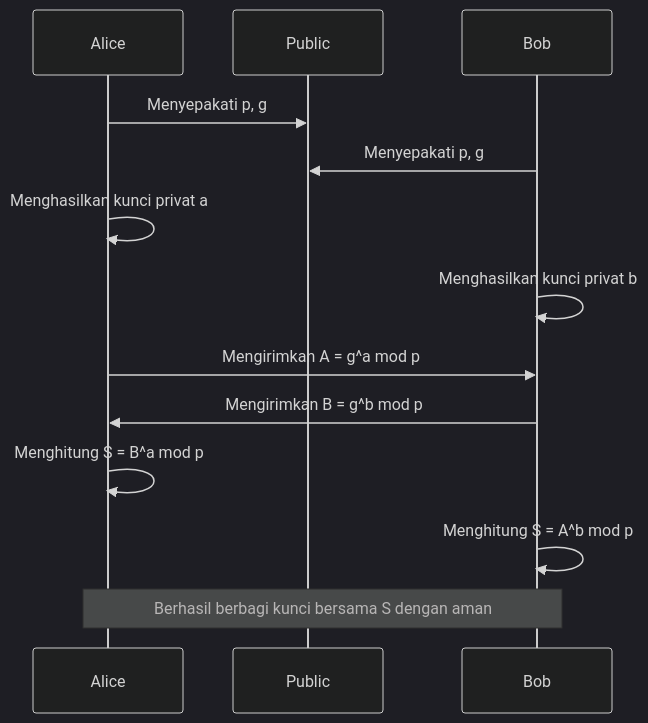
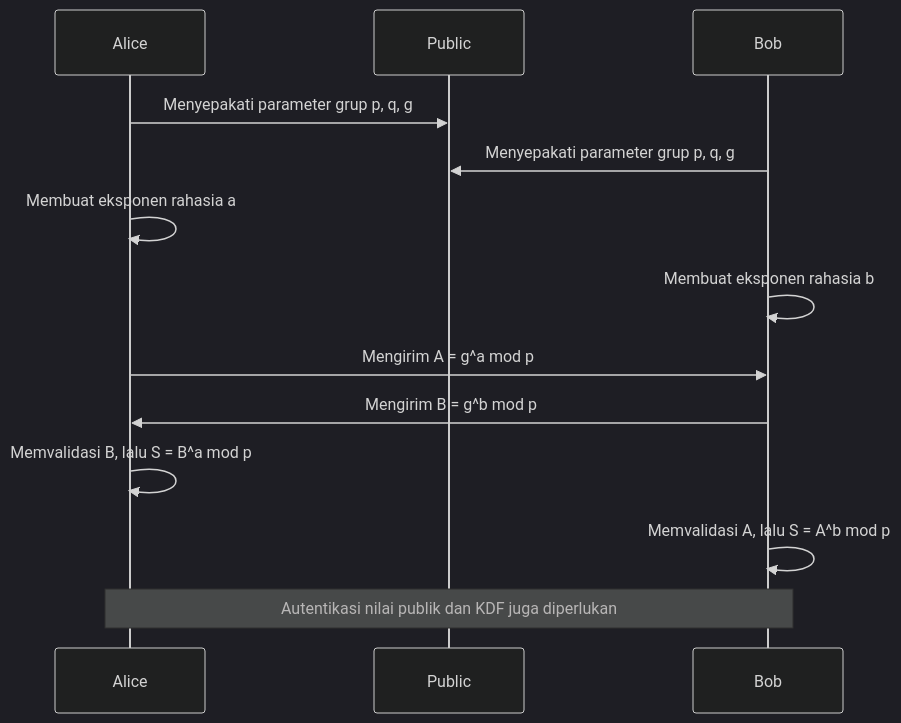
Before and after one commit to kenjinote/blog: the first of 2 diagrams in content/post/public-key-cryptography-rsa-ecc/index.id.md, drawn with Mermaid (dark theme). The commit also changed other lines of this file and 5 other files, not shown here.

````diff
--- a/content/post/public-key-cryptography-rsa-ecc/index.id.md
+++ b/content/post/public-key-cryptography-rsa-ecc/index.id.md
@@ -38,15 +50,15 @@
 ```mermaid
 sequenceDiagram
     participant Alice
     participant Public
     participant Bob
-    Alice->>Public: Menyepakati p, g
-    Bob->>Public: Menyepakati p, g
-    Alice->>Alice: Menghasilkan kunci privat a
-    Bob->>Bob: Menghasilkan kunci privat b
-    Alice->>Bob: Mengirimkan A = g^a mod p
-    Bob->>Alice: Mengirimkan B = g^b mod p
-    Alice->>Alice: Menghitung S = B^a mod p
-    Bob->>Bob: Menghitung S = A^b mod p
-    Note over Alice,Bob: Berhasil berbagi kunci bersama S dengan aman
+    Alice->>Public: Menyepakati parameter grup p, q, g
+    Bob->>Public: Menyepakati parameter grup p, q, g
+    Alice->>Alice: Membuat eksponen rahasia a
+    Bob->>Bob: Membuat eksponen rahasia b
+    Alice->>Bob: Mengirim A = g^a mod p
+    Bob->>Alice: Mengirim B = g^b mod p
+    Alice->>Alice: Memvalidasi B, lalu S = B^a mod p
+    Bob->>Bob: Memvalidasi A, lalu S = A^b mod p
+    Note over Alice,Bob: Autentikasi nilai publik dan KDF juga diperlukan
 ```
````
